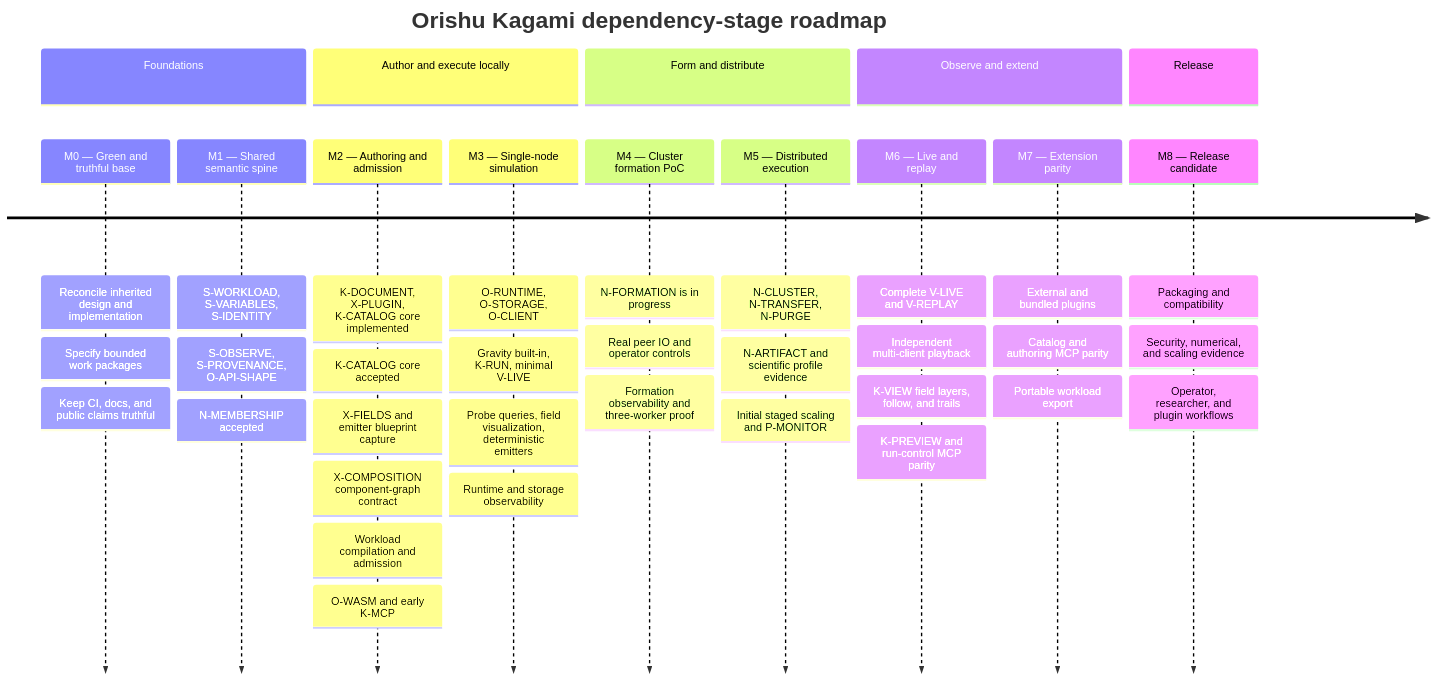
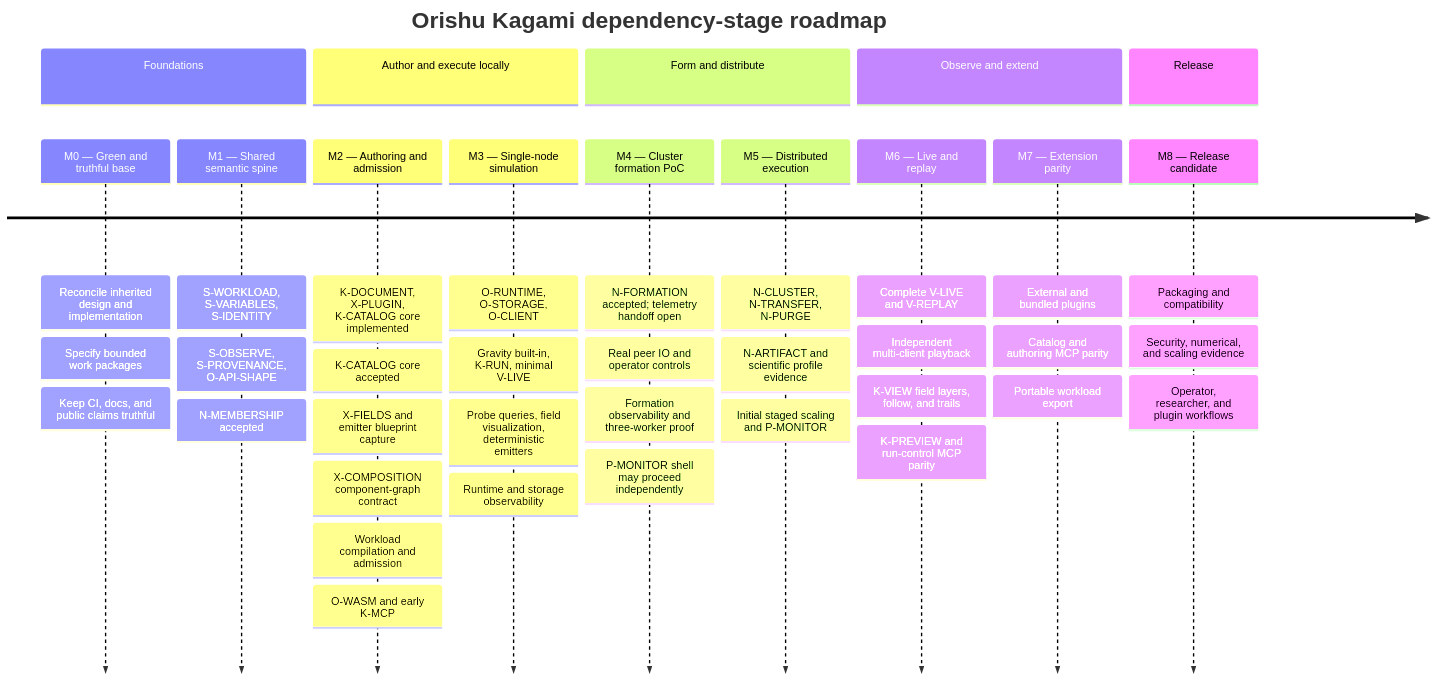
Before and after one commit to abbyssoul/orishu-kagami: the diagram in docs/roadmap/status-report.md, drawn with Mermaid. The commit also changed other lines of this file and 66 other files, not shown here.

````diff
--- a/docs/roadmap/status-report.md
+++ b/docs/roadmap/status-report.md
@@ -24,41 +24,42 @@
 ```mermaid
 timeline
     title Orishu Kagami dependency-stage roadmap
     section Foundations
       M0 — Green and truthful base : Reconcile inherited design and implementation
                                     : Specify bounded work packages
                                     : Keep CI, docs, and public claims truthful
       M1 — Shared semantic spine   : S-WORKLOAD, S-VARIABLES, S-IDENTITY
                                     : S-OBSERVE, S-PROVENANCE, O-API-SHAPE
                                     : N-MEMBERSHIP accepted
     section Author and execute locally
       M2 — Authoring and admission : K-DOCUMENT, X-PLUGIN, K-CATALOG core implemented
                                     : K-CATALOG core accepted
                                     : X-FIELDS and emitter blueprint capture
                                     : X-COMPOSITION component-graph contract
                                     : Workload compilation and admission
                                     : O-WASM and early K-MCP
       M3 — Single-node simulation  : O-RUNTIME, O-STORAGE, O-CLIENT
                                     : Gravity built-in, K-RUN, minimal V-LIVE
                                     : Probe queries, field visualization, deterministic emitters
                                     : Runtime and storage observability
     section Form and distribute
-      M4 — Cluster formation PoC   : N-FORMATION is in progress
+      M4 — Cluster formation PoC   : N-FORMATION accepted; telemetry handoff open
                                     : Real peer IO and operator controls
                                     : Formation observability and three-worker proof
+                                    : P-MONITOR shell may proceed independently
       M5 — Distributed execution  : N-CLUSTER, N-TRANSFER, N-PURGE
                                     : N-ARTIFACT and scientific profile evidence
                                     : Initial staged scaling and P-MONITOR
     section Observe and extend
       M6 — Live and replay         : Complete V-LIVE and V-REPLAY
                                     : Independent multi-client playback
                                     : K-VIEW field layers, follow, and trails
                                     : K-PREVIEW and run-control MCP parity
       M7 — Extension parity       : External and bundled plugins
                                     : Catalog and authoring MCP parity
                                     : Portable workload export
     section Release
       M8 — Release candidate      : Packaging and compatibility
                                     : Security, numerical, and scaling evidence
                                     : Operator, researcher, and plugin workflows
 ```
````
